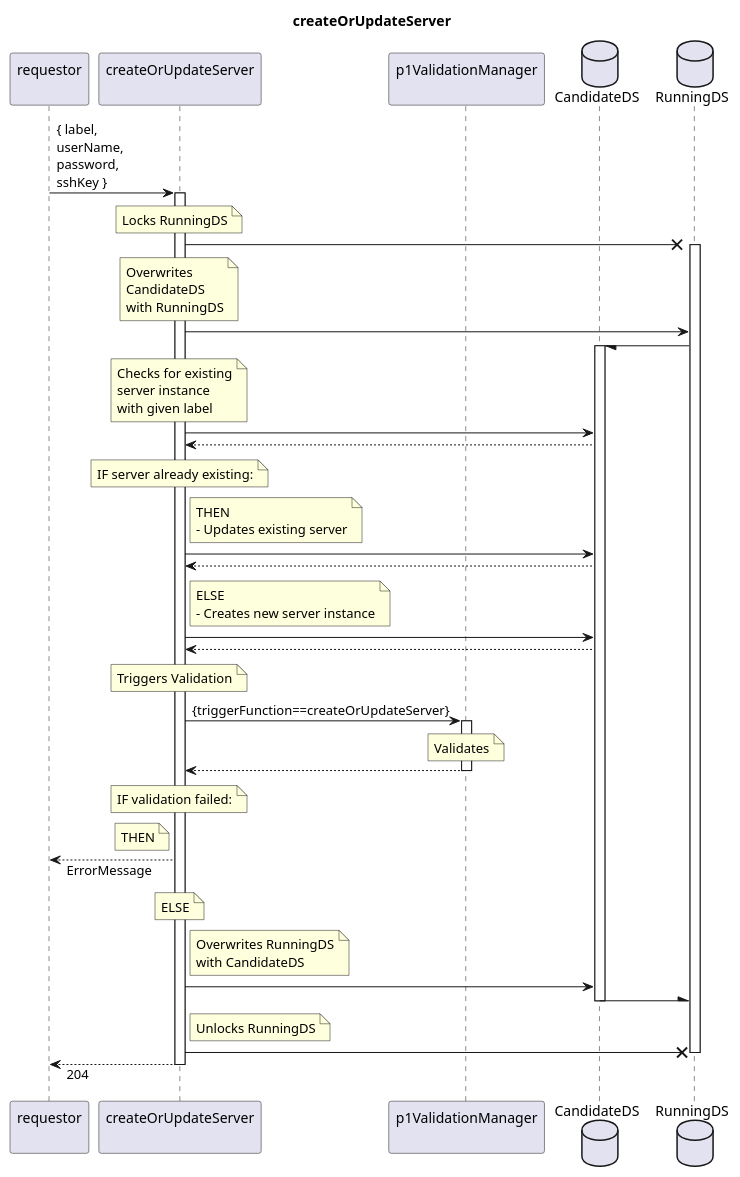
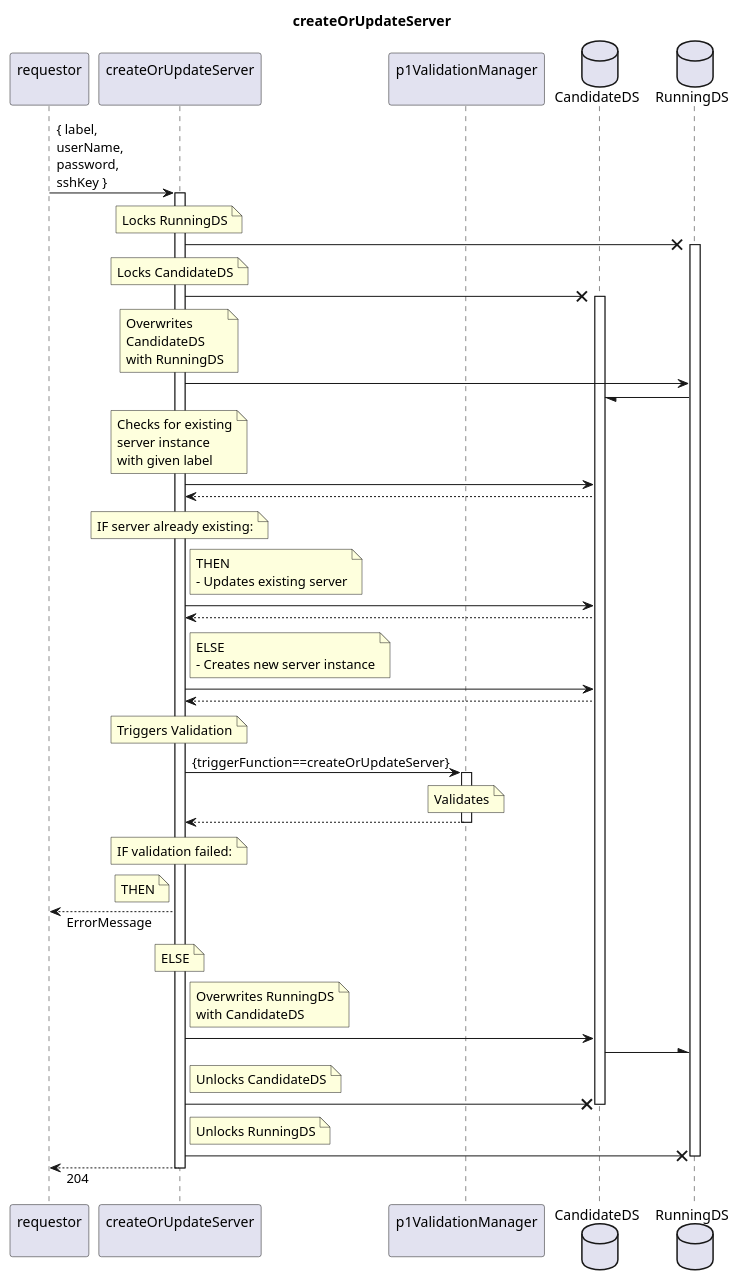
The diagram in spec/Services/createOrUpdateServer/1.0.0/createOrUpdateServer.plantuml (openBackhaul/FirmWareManager), drawn with PlantUML before and after one commit. The commit also changed 17 other files, not shown here.

```diff
--- a/spec/Services/createOrUpdateServer/1.0.0/createOrUpdateServer.plantuml
+++ b/spec/Services/createOrUpdateServer/1.0.0/createOrUpdateServer.plantuml
@@ -1,94 +1,100 @@
 @startuml createOrUpdateServer
 skinparam responseMessageBelowArrow true
 
 title
   createOrUpdateServer
 end title
 
 participant "requestor\n" as requestor
 participant "createOrUpdateServer\n" as couServer
 participant "p1ValidationManager\n" as valiMan
 database "CandidateDS" as CanDS
 database "RunningDS" as RunDS
 
 requestor -> couServer: { label,\nuserName,\npassword,\nsshKey }
 activate couServer
 
   note over couServer
     Locks RunningDS
   end note
   couServer -X RunDS
   activate RunDS
-
+  note over couServer
+    Locks CandidateDS
+  end note
+  couServer -X CanDS
+  activate CanDS
   note over couServer
     Overwrites
     CandidateDS
     with RunningDS
   end note
   couServer -> RunDS
   RunDS -/ CanDS
-  activate CanDS
 
   note over couServer
     Checks for existing
     server instance
     with given label
   end note
   couServer -> CanDS
   couServer <-- CanDS
   note over couServer
     IF server already existing:
   end note
   note right couServer
     THEN
     - Updates existing server
   end note
   couServer -> CanDS
   couServer <-- CanDS
   note right couServer
     ELSE
     - Creates new server instance
   end note
   couServer -> CanDS
   couServer <-- CanDS
 
   note over couServer
     Triggers Validation
   end note
   couServer -> valiMan: {triggerFunction==createOrUpdateServer}
   activate valiMan
     note over valiMan
       Validates
     end note
   couServer <-- valiMan
   deactivate valiMan
   note over couServer
     IF validation failed:
   end note
   note left couServer
     THEN
   end note
   requestor <-- couServer: ErrorMessage
   note over couServer
     ELSE
   end note
 
   note right couServer
     Overwrites RunningDS
     with CandidateDS
   end note
   couServer -> CanDS
   CanDS -\ RunDS
+  note right couServer
+    Unlocks CandidateDS
+  end note
+  couServer -X CanDS
   deactivate CanDS
-
   note right couServer
     Unlocks RunningDS
   end note
   couServer -X RunDS
   deactivate RunDS
 
   requestor <-- couServer: 204
 
 deactivate couServer
 
 @enduml
```
